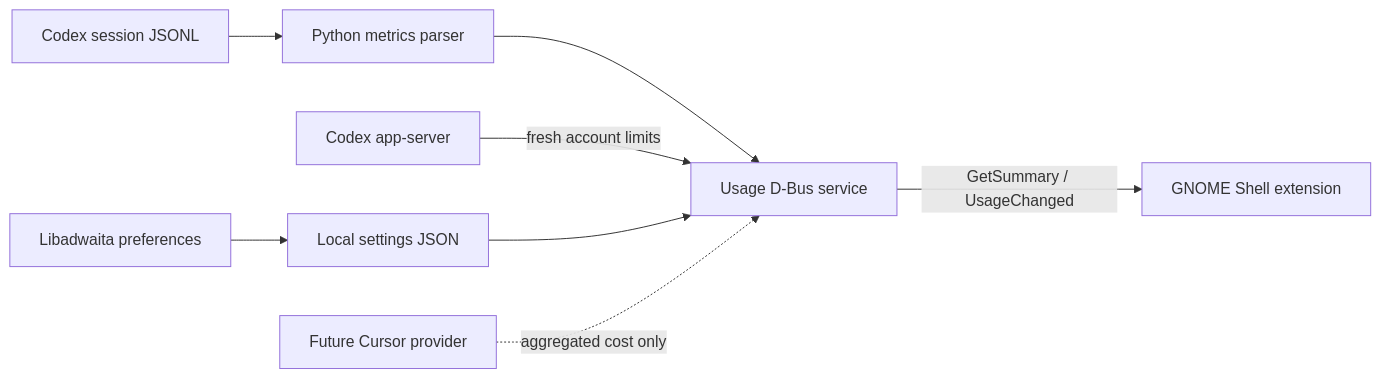
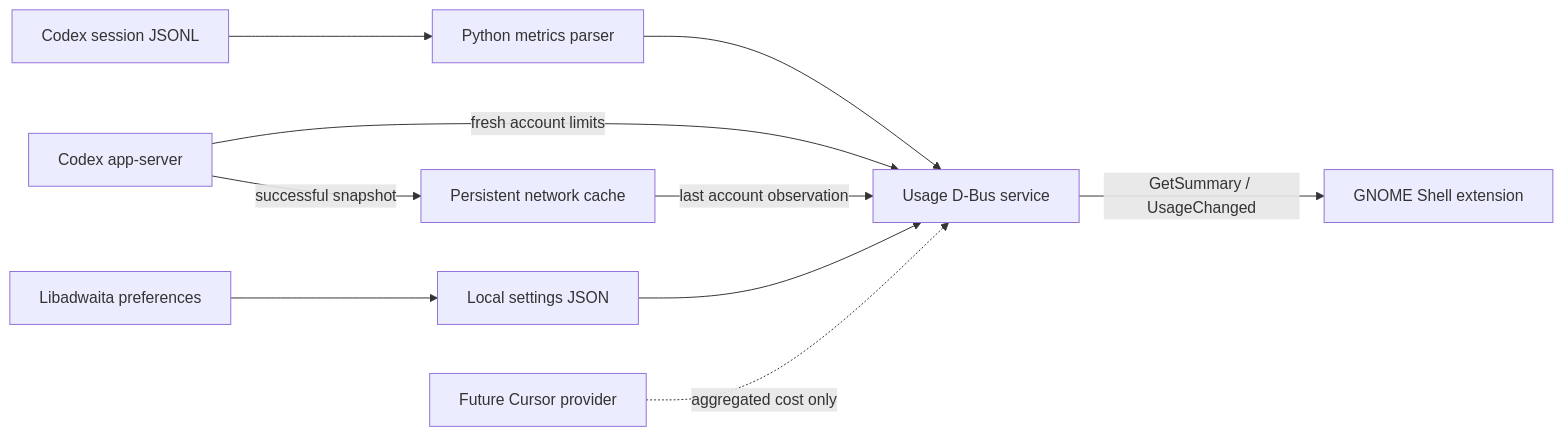
The diagram in docs/ARCHITECTURE.md (Owen-Liuyuxuan/codex-usage-supervisor), drawn with Mermaid before and after one commit. The commit also changed other lines of this file and 9 other files, not shown here.

````diff
--- a/docs/ARCHITECTURE.md
+++ b/docs/ARCHITECTURE.md
@@ -6,10 +6,12 @@
 ```mermaid
 flowchart LR
     A["Codex session JSONL"] --> B["Python metrics parser"]
     B --> C["Usage D-Bus service"]
     H["Codex app-server"] -->|"fresh account limits"| C
+    H -->|"successful snapshot"| I["Persistent network cache"]
+    I -->|"last account observation"| C
     C -->|"GetSummary / UsageChanged"| D["GNOME Shell extension"]
     E["Libadwaita preferences"] --> F["Local settings JSON"]
     F --> C
     G["Future Cursor provider"] -. "aggregated cost only" .-> C
 ```
````
